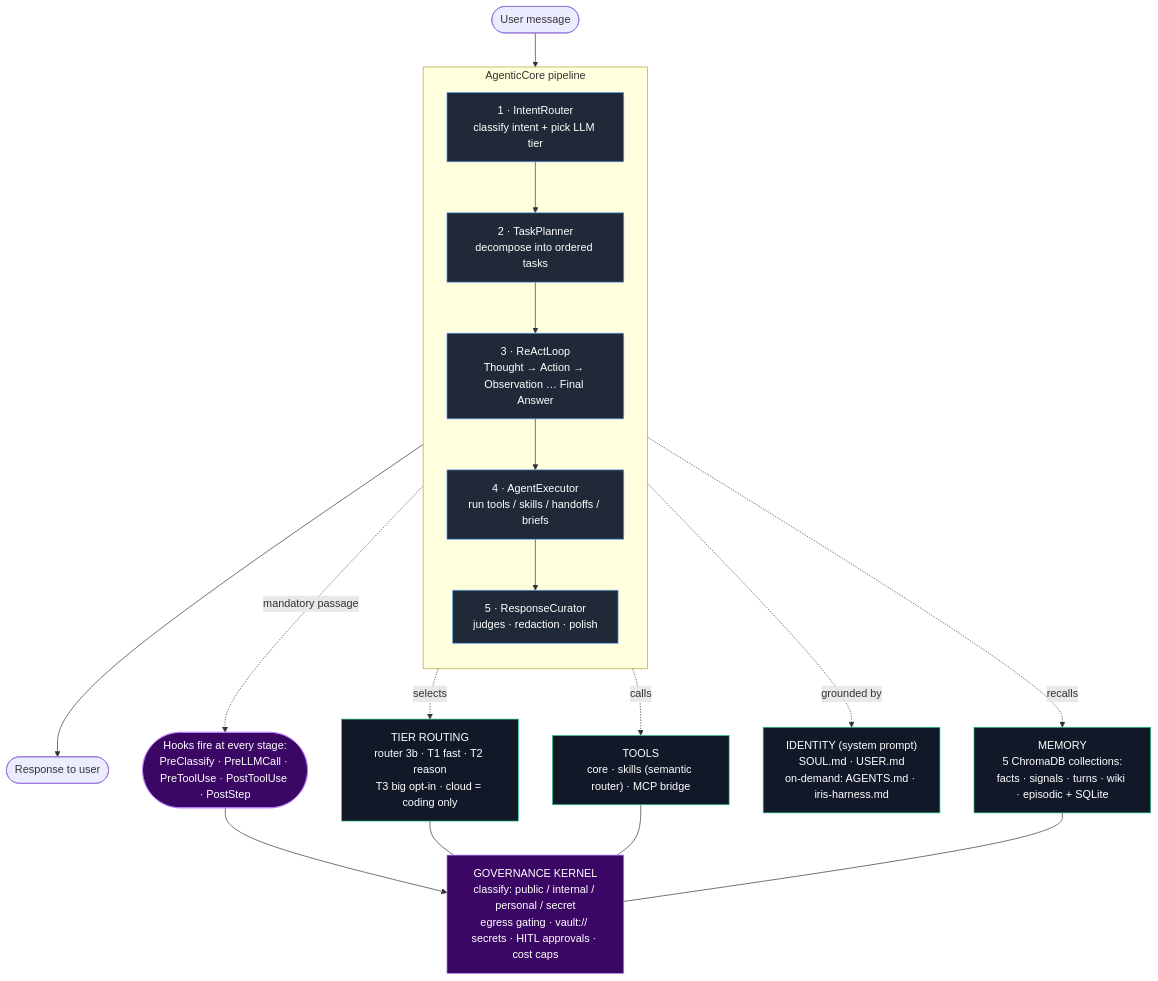
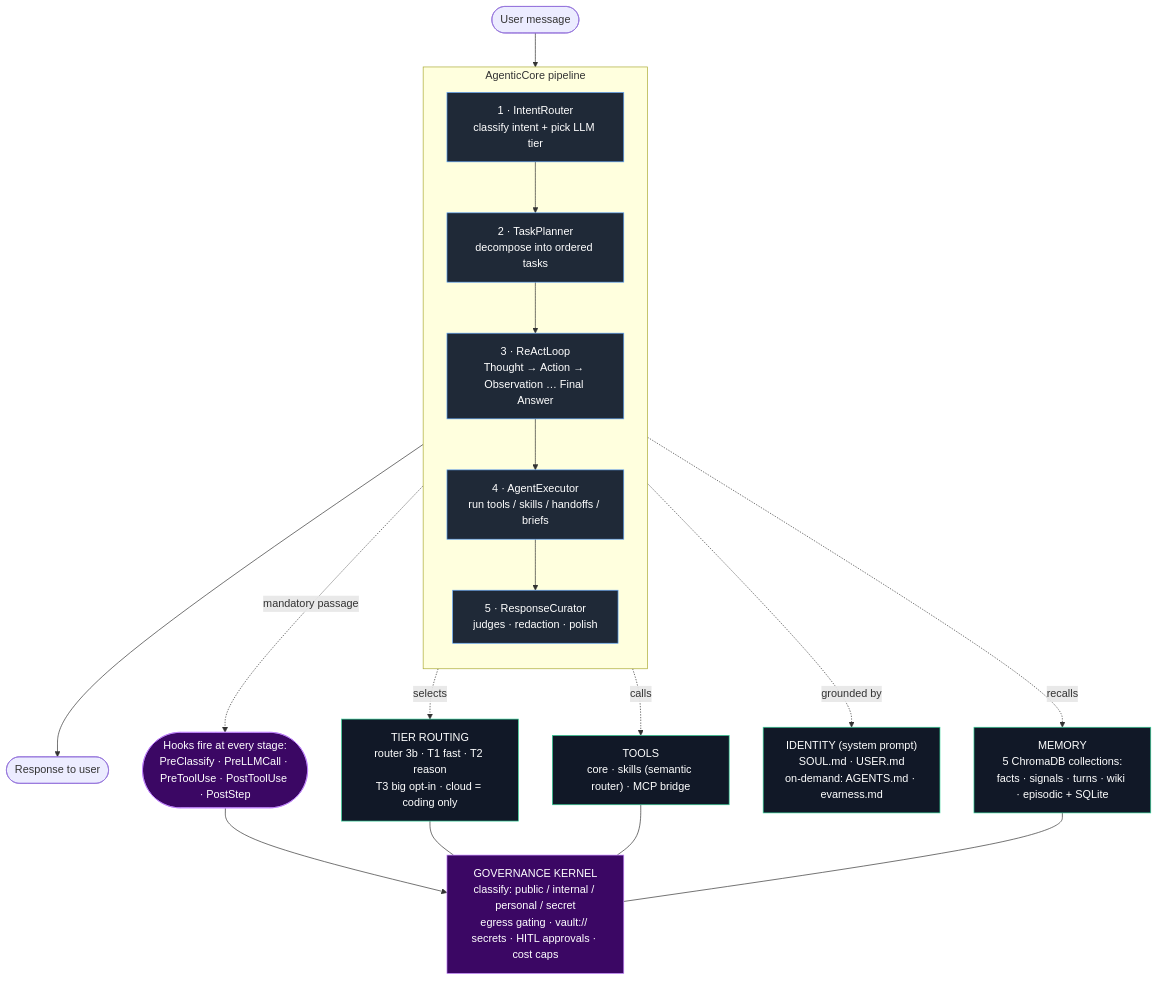
Before and after one commit to evarness-ai/evarness: the diagram in docs/architecture/harness-architecture-diagram.md, drawn with Mermaid. The commit also changed other lines of this file and 3431 other files, not shown here.

````diff
--- a/docs/architecture/harness-architecture-diagram.md
+++ b/docs/architecture/harness-architecture-diagram.md
@@ -46,44 +46,44 @@
 ```mermaid
 flowchart TD
     U([User message]) --> P
 
     subgraph P["AgenticCore pipeline"]
         direction TB
         S1["1 · IntentRouter<br/>classify intent + pick LLM tier"]
         S2["2 · TaskPlanner<br/>decompose into ordered tasks"]
         S3["3 · ReActLoop<br/>Thought → Action → Observation … Final Answer"]
         S4["4 · AgentExecutor<br/>run tools / skills / handoffs / briefs"]
         S5["5 · ResponseCurator<br/>judges · redaction · polish"]
         S1 --> S2 --> S3 --> S4 --> S5
     end
 
     P --> R([Response to user])
 
     %% Supporting subsystems the pipeline draws on
     TIERS["TIER ROUTING<br/>router 3b · T1 fast · T2 reason<br/>T3 big opt-in · cloud = coding only"]
     TOOLS["TOOLS<br/>core · skills (semantic router) · MCP bridge"]
     MEM["MEMORY<br/>5 ChromaDB collections:<br/>facts · signals · turns · wiki · episodic + SQLite"]
-    ID["IDENTITY (system prompt)<br/>SOUL.md · USER.md<br/>on-demand: AGENTS.md · iris-harness.md"]
+    ID["IDENTITY (system prompt)<br/>SOUL.md · USER.md<br/>on-demand: AGENTS.md · evarness.md"]
 
     S1 -. selects .-> TIERS
     S3 -. calls .-> TOOLS
     S3 -. recalls .-> MEM
     S1 -. grounded by .-> ID
 
     %% Governance wraps every stage
     GOV["GOVERNANCE KERNEL<br/>classify: public / internal / personal / secret<br/>egress gating · vault:// secrets · HITL approvals · cost caps"]
     HOOKS(["Hooks fire at every stage:<br/>PreClassify · PreLLMCall · PreToolUse · PostToolUse · PostStep"])
 
     P -. mandatory passage .-> HOOKS
     HOOKS --> GOV
     TIERS --- GOV
     TOOLS --- GOV
     MEM --- GOV
 
     classDef stage fill:#1f2937,stroke:#60a5fa,color:#fff;
     classDef sub fill:#111827,stroke:#34d399,color:#fff;
     classDef govNode fill:#3b0764,stroke:#c084fc,color:#fff;
     class S1,S2,S3,S4,S5 stage;
     class TIERS,TOOLS,MEM,ID sub;
     class GOV,HOOKS govNode;
 ```
````
